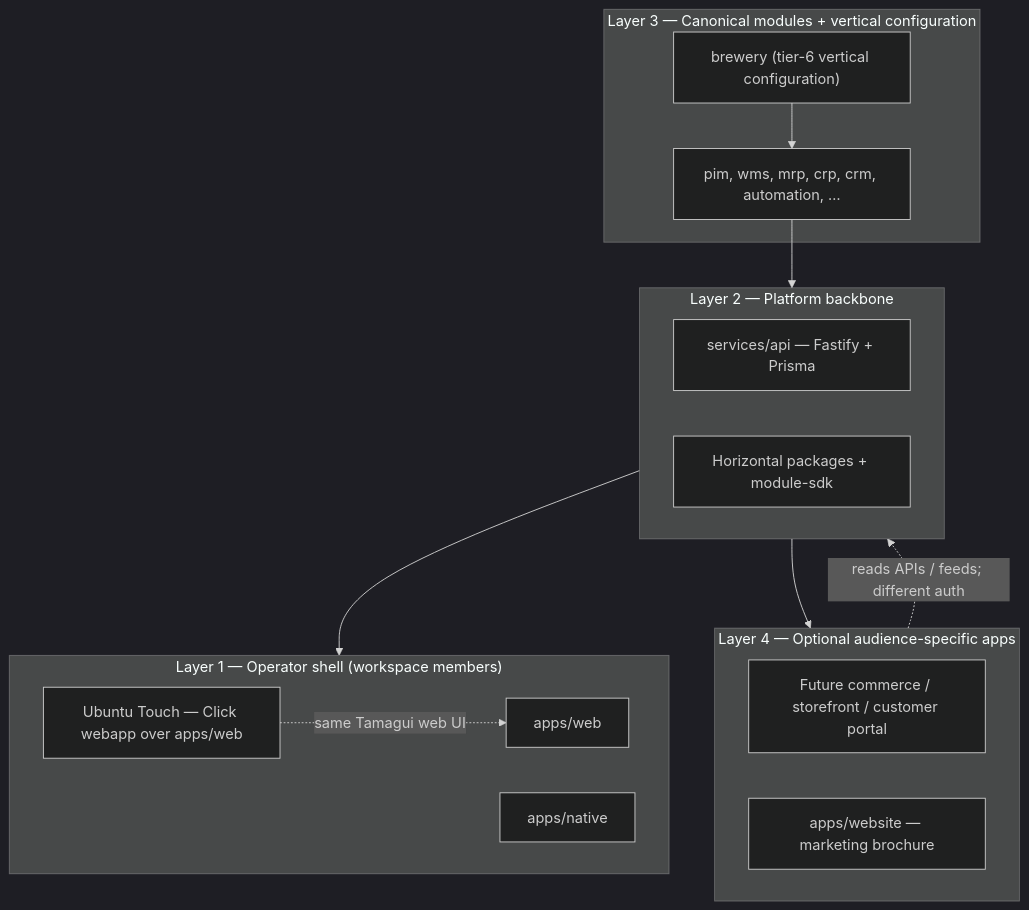
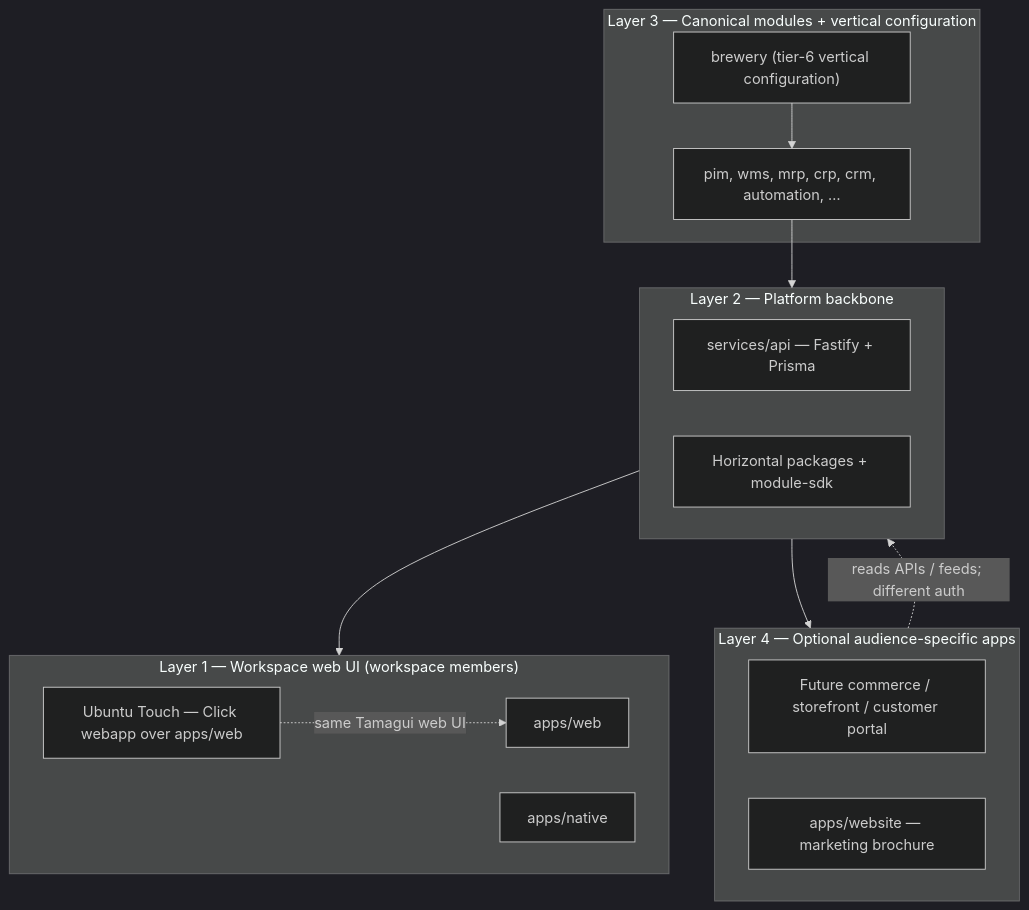
One commit to umbraculum-dev/umbraculum-dev changed the diagram in docs/design/application-surfaces-vs-platform-backbone.md. Above: the diagram before and after it, drawn with Mermaid (dark theme). The commit also changed other lines of this file and 192 other files, not shown here.

````diff
--- a/docs/design/application-surfaces-vs-platform-backbone.md
+++ b/docs/design/application-surfaces-vs-platform-backbone.md
@@ -26,30 +26,30 @@
 ```mermaid
 flowchart TB
   subgraph audience4["Layer 4 — Optional audience-specific apps"]
     storefront["Future commerce / storefront / customer portal"]
     brochure["apps/website — marketing brochure"]
   end
 
-  subgraph audience1["Layer 1 — Operator shell (workspace members)"]
+  subgraph audience1["Layer 1 — Workspace web UI (workspace members)"]
     web["apps/web"]
     native["apps/native"]
     ut["Ubuntu Touch — Click webapp over apps/web"]
   end
 
   subgraph modules["Layer 3 — Canonical modules + vertical configuration"]
     canonical["pim, wms, mrp, crp, crm, automation, …"]
     vertical["brewery (tier-6 vertical configuration)"]
   end
 
   subgraph backbone["Layer 2 — Platform backbone"]
     api["services/api — Fastify + Prisma"]
     horizontal["Horizontal packages + module-sdk"]
   end
 
   vertical --> canonical
   canonical --> backbone
   backbone --> audience1
   ut -.->|"same Tamagui web UI"| web
   backbone --> audience4
   audience4 -.->|"reads APIs / feeds; different auth"| backbone
 ```
````
